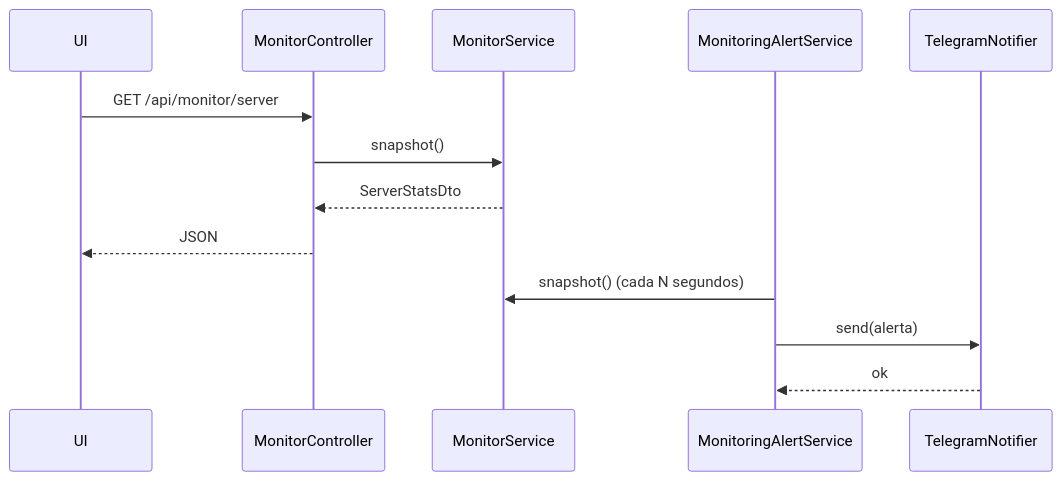
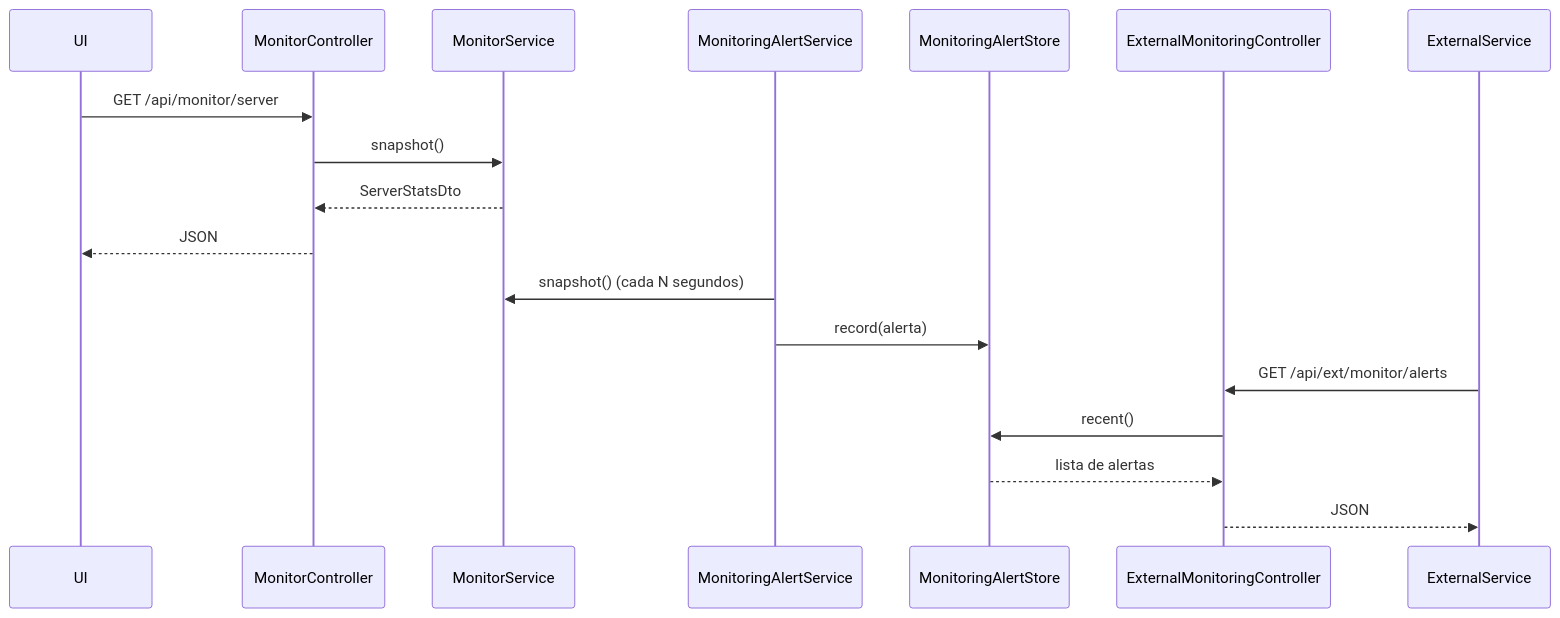
One commit to FlEtsv/apiasistente changed the sixth of 7 diagrams in docs/architecture.md. Above: the diagram before and after it, drawn with Mermaid. The commit also changed other lines of this file and 28 other files, not shown here.

````diff
--- a/docs/architecture.md
+++ b/docs/architecture.md
@@ -121,17 +121,23 @@
 ```mermaid
 sequenceDiagram
   participant UI
   participant MonitorController
   participant MonitorService
   participant MonitoringAlertService
-  participant TelegramNotifier
+  participant MonitoringAlertStore
+  participant ExternalMonitoringController
+  participant ExternalService
 
   UI->>MonitorController: GET /api/monitor/server
   MonitorController->>MonitorService: snapshot()
   MonitorService-->>MonitorController: ServerStatsDto
   MonitorController-->>UI: JSON
 
   MonitoringAlertService->>MonitorService: snapshot() (cada N segundos)
-  MonitoringAlertService->>TelegramNotifier: send(alerta)
-  TelegramNotifier-->>MonitoringAlertService: ok
+  MonitoringAlertService->>MonitoringAlertStore: record(alerta)
+
+  ExternalService->>ExternalMonitoringController: GET /api/ext/monitor/alerts
+  ExternalMonitoringController->>MonitoringAlertStore: recent()
+  MonitoringAlertStore-->>ExternalMonitoringController: lista de alertas
+  ExternalMonitoringController-->>ExternalService: JSON
 ```
````
